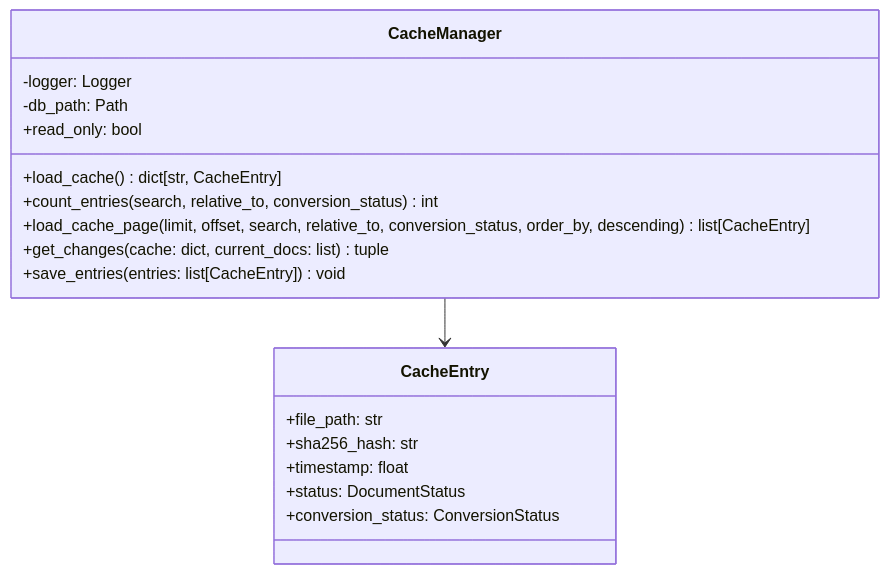
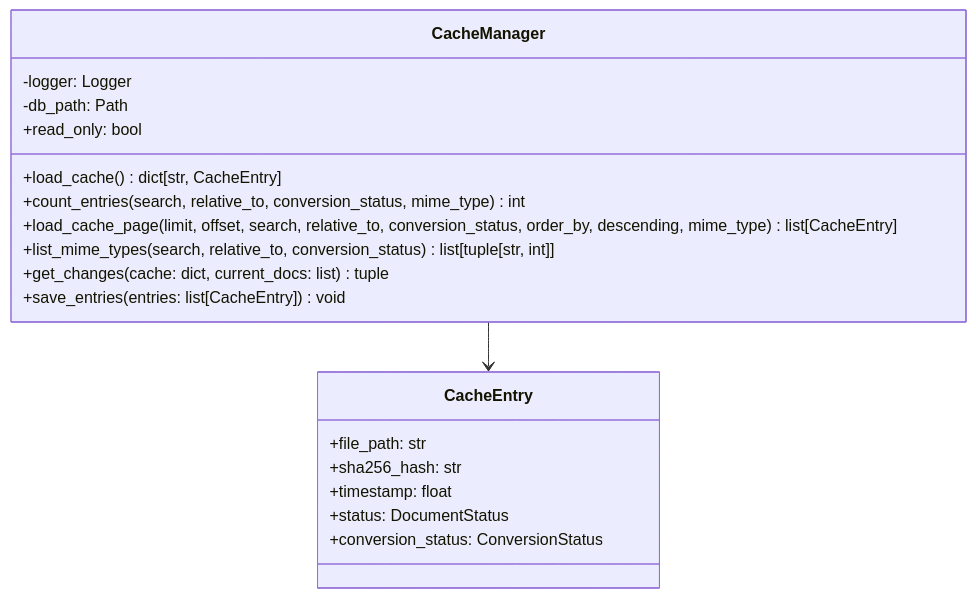
One commit to fmanza/doc_organize changed the diagram in docs/api/cache.md. Above: the diagram before and after it, drawn with Mermaid. The commit also changed other lines of this file and 18 other files, not shown here.

````diff
--- a/docs/api/cache.md
+++ b/docs/api/cache.md
@@ -7,23 +7,24 @@
 ```mermaid
 classDiagram
     class CacheManager {
         -logger: Logger
         -db_path: Path
         +load_cache() dict[str, CacheEntry]
         +read_only: bool
-        +count_entries(search, relative_to, conversion_status) int
-        +load_cache_page(limit, offset, search, relative_to, conversion_status, order_by, descending) list[CacheEntry]
+        +count_entries(search, relative_to, conversion_status, mime_type) int
+        +load_cache_page(limit, offset, search, relative_to, conversion_status, order_by, descending, mime_type) list[CacheEntry]
+        +list_mime_types(search, relative_to, conversion_status) list[tuple[str, int]]
         +get_changes(cache: dict, current_docs: list) tuple
         +save_entries(entries: list[CacheEntry]) void
     }
     
     class CacheEntry {
         +file_path: str
         +sha256_hash: str
         +timestamp: float
         +status: DocumentStatus
         +conversion_status: ConversionStatus
     }
     
     CacheManager --> CacheEntry
 ```
````
